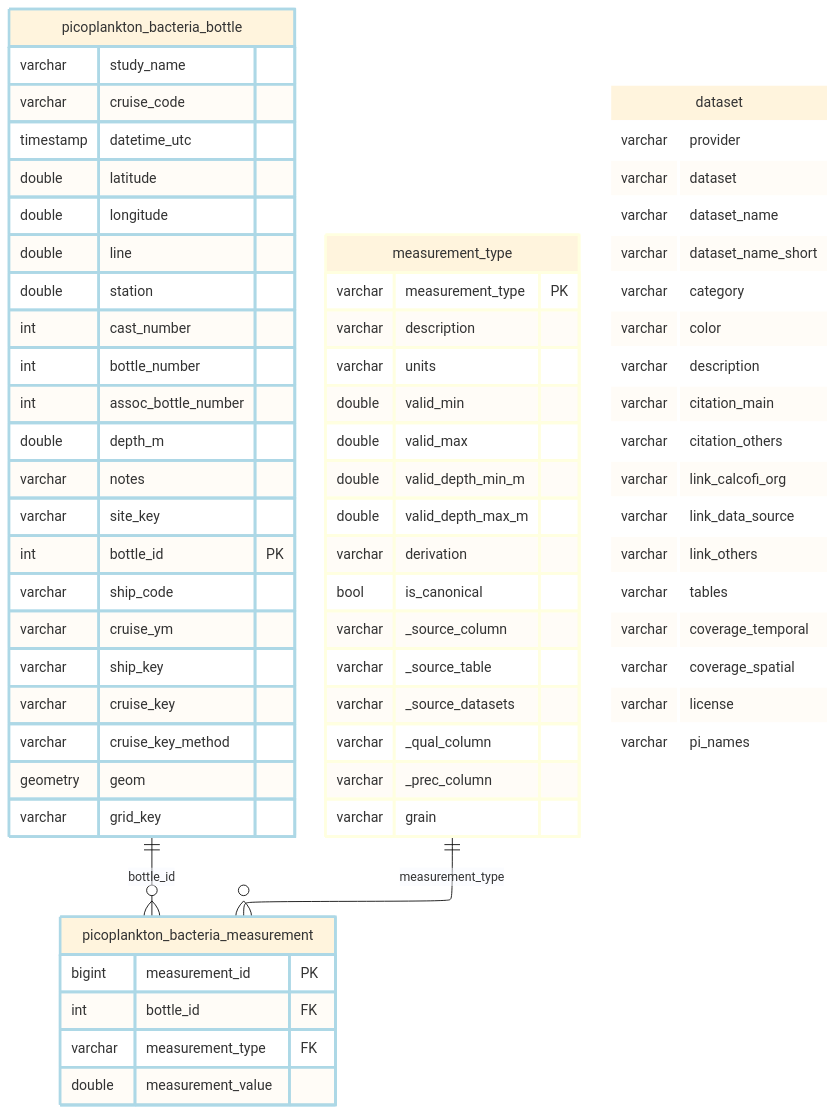
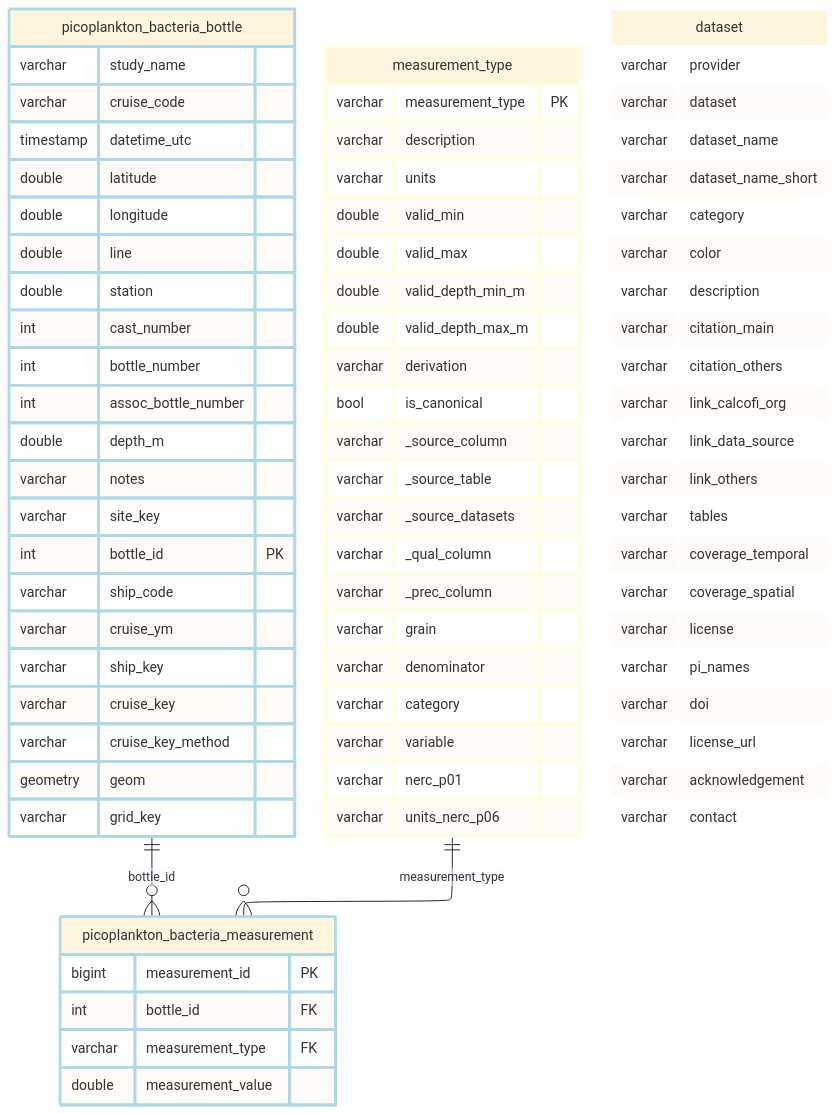
The diagram in _output/ingest_cce-lter_picoplankton-bacteria_files/figure-html/schema-1.mmd (CalCOFI/workflows), drawn with Mermaid (base theme) before and after one commit. The commit also changed 271 other files, not shown here.

```diff
--- a/_output/ingest_cce-lter_picoplankton-bacteria_files/figure-html/schema-1.mmd
+++ b/_output/ingest_cce-lter_picoplankton-bacteria_files/figure-html/schema-1.mmd
@@ -1,78 +1,87 @@
 ---
 config:
   layout: elk
 ---
 erDiagram
     picoplankton_bacteria_bottle {
         varchar study_name
         varchar cruise_code
         timestamp datetime_utc
         double latitude
         double longitude
         double line
         double station
         int cast_number
         int bottle_number
         int assoc_bottle_number
         double depth_m
         varchar notes
         varchar site_key
         int bottle_id PK
         varchar ship_code
         varchar cruise_ym
         varchar ship_key
         varchar cruise_key
         varchar cruise_key_method
         geometry geom
         varchar grid_key
     }
     picoplankton_bacteria_measurement {
         bigint measurement_id PK
         int bottle_id FK
         varchar measurement_type FK
         double measurement_value
     }
     measurement_type {
         varchar measurement_type PK
         varchar description
         varchar units
         double valid_min
         double valid_max
         double valid_depth_min_m
         double valid_depth_max_m
         varchar derivation
         bool is_canonical
         varchar _source_column
         varchar _source_table
         varchar _source_datasets
         varchar _qual_column
         varchar _prec_column
         varchar grain
+        varchar denominator
+        varchar category
+        varchar variable
+        varchar nerc_p01
+        varchar units_nerc_p06
     }
     dataset {
         varchar provider
         varchar dataset
         varchar dataset_name
         varchar dataset_name_short
         varchar category
         varchar color
         varchar description
         varchar citation_main
         varchar citation_others
         varchar link_calcofi_org
         varchar link_data_source
         varchar link_others
         varchar tables
         varchar coverage_temporal
         varchar coverage_spatial
         varchar license
         varchar pi_names
+        varchar doi
+        varchar license_url
+        varchar acknowledgement
+        varchar contact
     }
     picoplankton_bacteria_bottle ||--o{ picoplankton_bacteria_measurement : "bottle_id"
     measurement_type ||--o{ picoplankton_bacteria_measurement : "measurement_type"
     classDef lightblue stroke:#ADD8E6,stroke-width:3px
     class picoplankton_bacteria_bottle,picoplankton_bacteria_measurement lightblue
     classDef lightyellow stroke:#FFFFE0,stroke-width:3px
     class measurement_type lightyellow
     classDef white stroke:#FFFFFF,stroke-width:3px
     class dataset white
```
